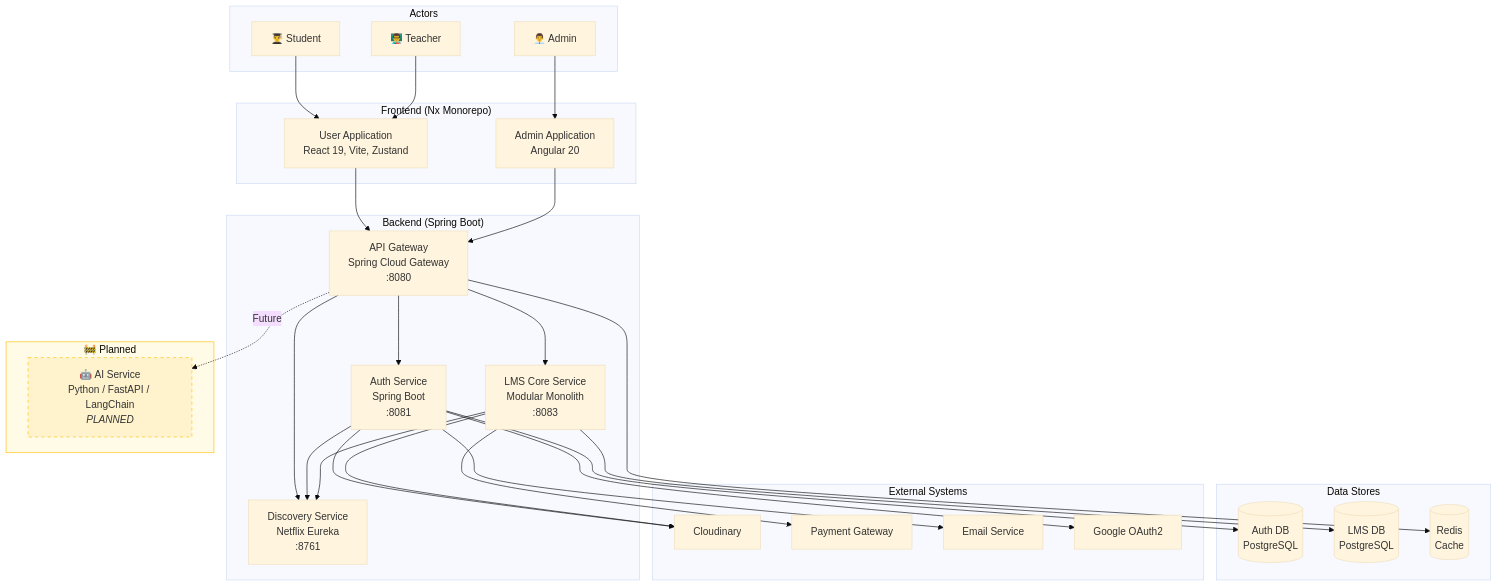
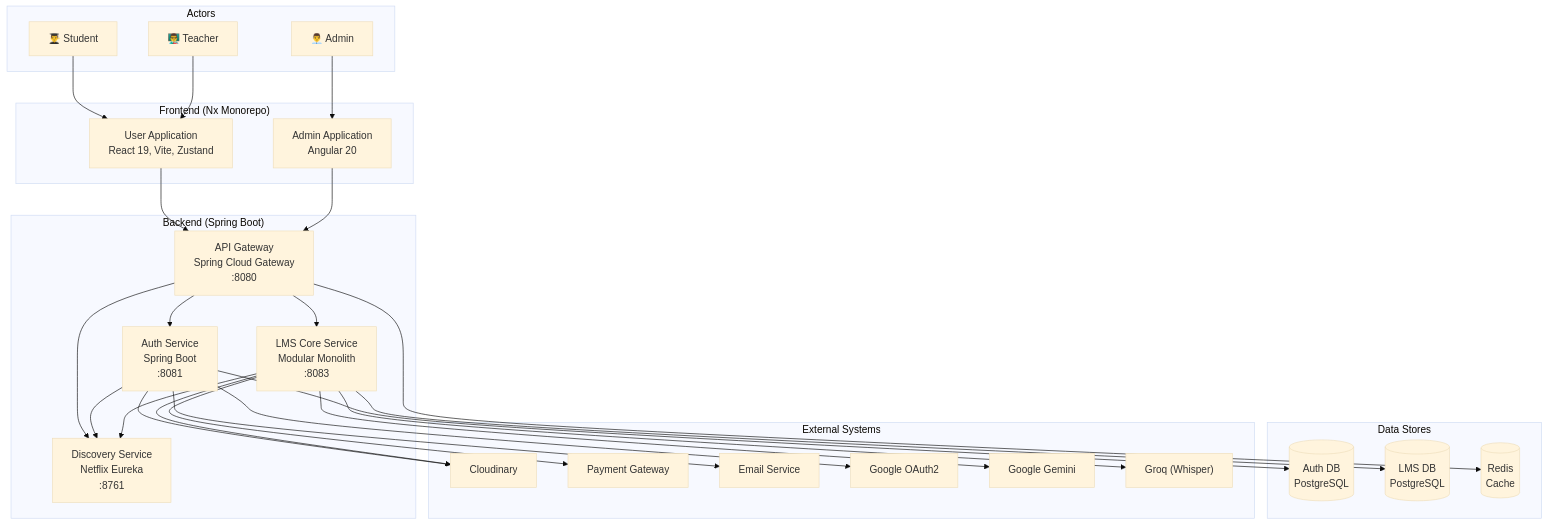
The diagram in docs/architecture/c4-container.md (HuuLocFIT/EduMind), drawn with Mermaid (base theme) before and after one commit. The commit also changed other lines of this file and 17 other files, not shown here.

````diff
--- a/docs/architecture/c4-container.md
+++ b/docs/architecture/c4-container.md
@@ -10,65 +10,61 @@
 ```mermaid
 flowchart TB
     subgraph Actors["Actors"]
         Student["👨‍🎓 Student"]
         Teacher["👨‍🏫 Teacher"]
         Admin["👨‍💼 Admin"]
     end
 
     subgraph Frontend["Frontend (Nx Monorepo)"]
         UserApp["User Application<br/>React 19, Vite, Zustand"]
         AdminApp["Admin Application<br/>Angular 20"]
     end
 
     subgraph Backend["Backend (Spring Boot)"]
         Gateway["API Gateway<br/>Spring Cloud Gateway<br/>:8080"]
         Discovery["Discovery Service<br/>Netflix Eureka<br/>:8761"]
         AuthSvc["Auth Service<br/>Spring Boot<br/>:8081"]
         LMSCore["LMS Core Service<br/>Modular Monolith<br/>:8083"]
     end
 
-    subgraph Planned["🚧 Planned"]
-        AISvc["🤖 AI Service<br/>Python / FastAPI / LangChain<br/><i>PLANNED</i>"]
-    end
-
     subgraph DataStores["Data Stores"]
         AuthDB[(Auth DB<br/>PostgreSQL)]
         LMSDB[(LMS DB<br/>PostgreSQL)]
         Redis[(Redis<br/>Cache)]
     end
 
     subgraph External["External Systems"]
         Cloudinary["Cloudinary"]
         PaymentGW["Payment Gateway"]
         Email["Email Service"]
         OAuth["Google OAuth2"]
+        Gemini["Google Gemini"]
+        Groq["Groq (Whisper)"]
     end
 
     Student --> UserApp
     Teacher --> UserApp
     Admin --> AdminApp
 
     UserApp --> Gateway
     AdminApp --> Gateway
 
     Gateway --> Discovery
     Gateway --> AuthSvc
     Gateway --> LMSCore
     Gateway --> Redis
-    Gateway -.->|Future| AISvc
 
     AuthSvc --> AuthDB
     AuthSvc --> Email
     AuthSvc --> OAuth
     AuthSvc --> Cloudinary
 
     LMSCore --> LMSDB
     LMSCore --> Cloudinary
     LMSCore --> PaymentGW
+    LMSCore --> Gemini
+    LMSCore --> Groq
 
     AuthSvc --> Discovery
     LMSCore --> Discovery
-
-    style AISvc fill:#fff3cd,stroke:#ffc107,stroke-dasharray: 5 5
-    style Planned fill:#fffbe6,stroke:#ffc107
 ```
````
